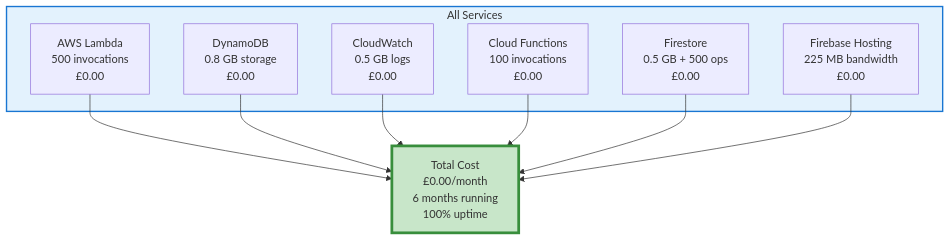
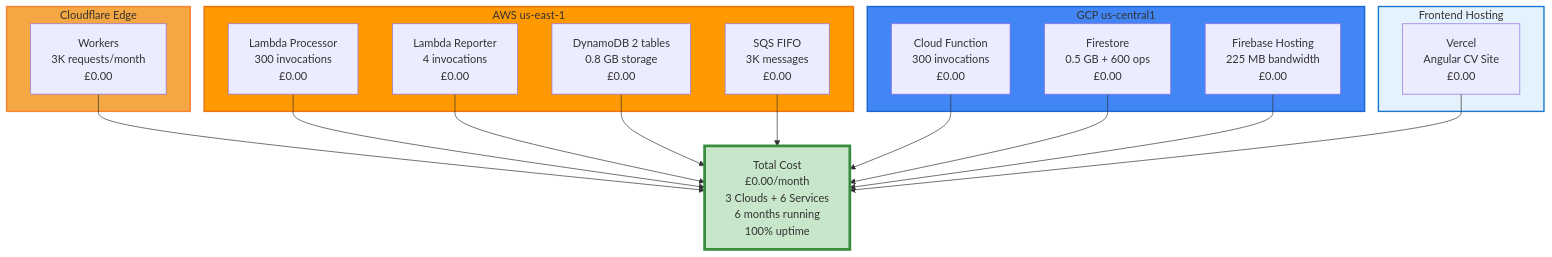
One commit to josejalvarezm/cv-ai-agent changed the sixth of 7 diagrams in gcp-blog/08-cost-optimization.md. Above: the diagram before and after it, drawn with Mermaid. The commit also changed other lines of this file and 2 other files, not shown here.

First line of the commit message:
docs(part6-8): complete 3-cloud architecture updates

````diff
--- a/gcp-blog/08-cost-optimization.md
+++ b/gcp-blog/08-cost-optimization.md
@@ -1176,24 +1197,41 @@
 ```mermaid
 graph TB
-    subgraph Services["All Services"]
-        AWS1["AWS Lambda<br/>500 invocations<br/>£0.00"]
-        AWS2["DynamoDB<br/>0.8 GB storage<br/>£0.00"]
-        AWS3["CloudWatch<br/>0.5 GB logs<br/>£0.00"]
-        
-        GCP1["Cloud Functions<br/>100 invocations<br/>£0.00"]
-        GCP2["Firestore<br/>0.5 GB + 500 ops<br/>£0.00"]
+    subgraph Cloudflare["Cloudflare Edge"]
+        CF1["Workers<br/>3K requests/month<br/>£0.00"]
+    end
+    
+    subgraph AWS["AWS us-east-1"]
+        AWS1["Lambda Processor<br/>300 invocations<br/>£0.00"]
+        AWS2["Lambda Reporter<br/>4 invocations<br/>£0.00"]
+        AWS3["DynamoDB 2 tables<br/>0.8 GB storage<br/>£0.00"]
+        AWS4["SQS FIFO<br/>3K messages<br/>£0.00"]
+    end
+    
+    subgraph GCP["GCP us-central1"]
+        GCP1["Cloud Function<br/>300 invocations<br/>£0.00"]
+        GCP2["Firestore<br/>0.5 GB + 600 ops<br/>£0.00"]
         GCP3["Firebase Hosting<br/>225 MB bandwidth<br/>£0.00"]
     end
     
-    TOTAL["Total Cost<br/>£0.00/month<br/>6 months running<br/>100% uptime"]
+    subgraph Frontend["Frontend Hosting"]
+        V1["Vercel<br/>Angular CV Site<br/>£0.00"]
+    end
     
+    TOTAL["Total Cost<br/>£0.00/month<br/>3 Clouds + 6 Services<br/>6 months running<br/>100% uptime"]
+    
+    CF1 --> TOTAL
     AWS1 --> TOTAL
     AWS2 --> TOTAL
     AWS3 --> TOTAL
+    AWS4 --> TOTAL
     GCP1 --> TOTAL
     GCP2 --> TOTAL
     GCP3 --> TOTAL
+    V1 --> TOTAL
     
-    style Services fill:#e3f2fd,stroke:#1976d2,stroke-width:2px
+    style Cloudflare fill:#f4a742,stroke:#f68333,stroke-width:2px
+    style AWS fill:#ff9900,stroke:#ec7211,stroke-width:2px
+    style GCP fill:#4285f4,stroke:#1967d2,stroke-width:2px
+    style Frontend fill:#e3f2fd,stroke:#1976d2,stroke-width:2px
     style TOTAL fill:#c8e6c9,stroke:#388e3c,stroke-width:4px
 ```
````
